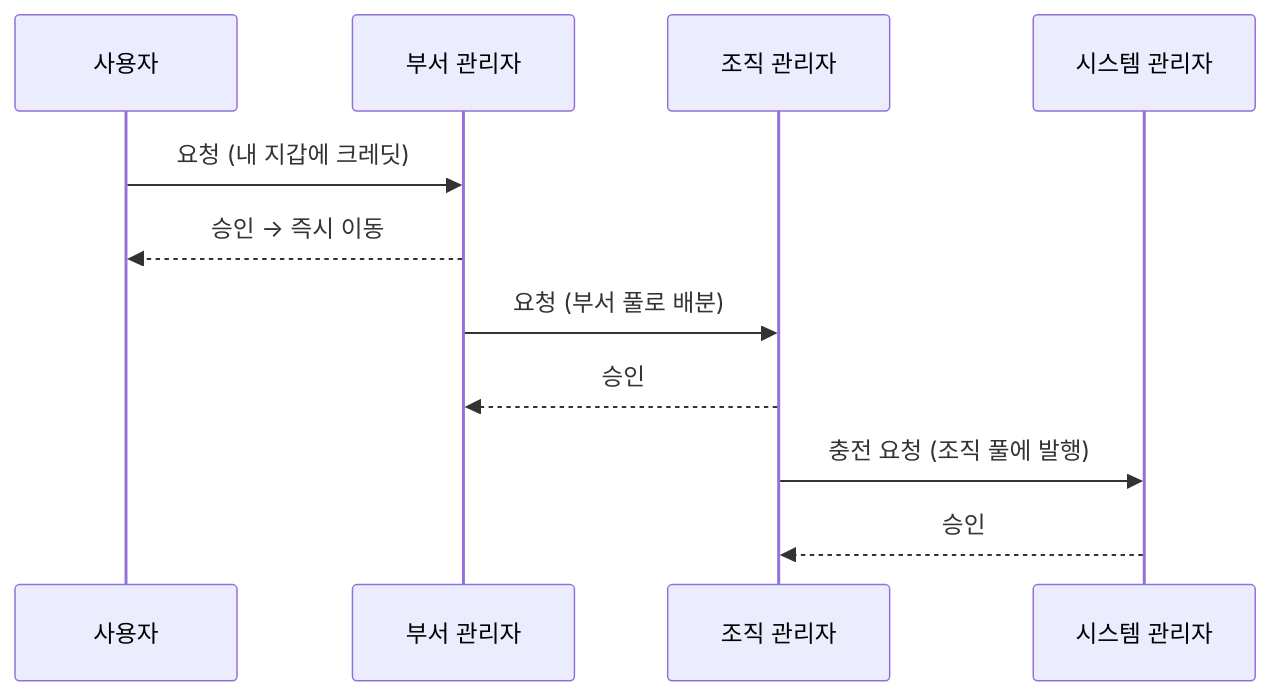
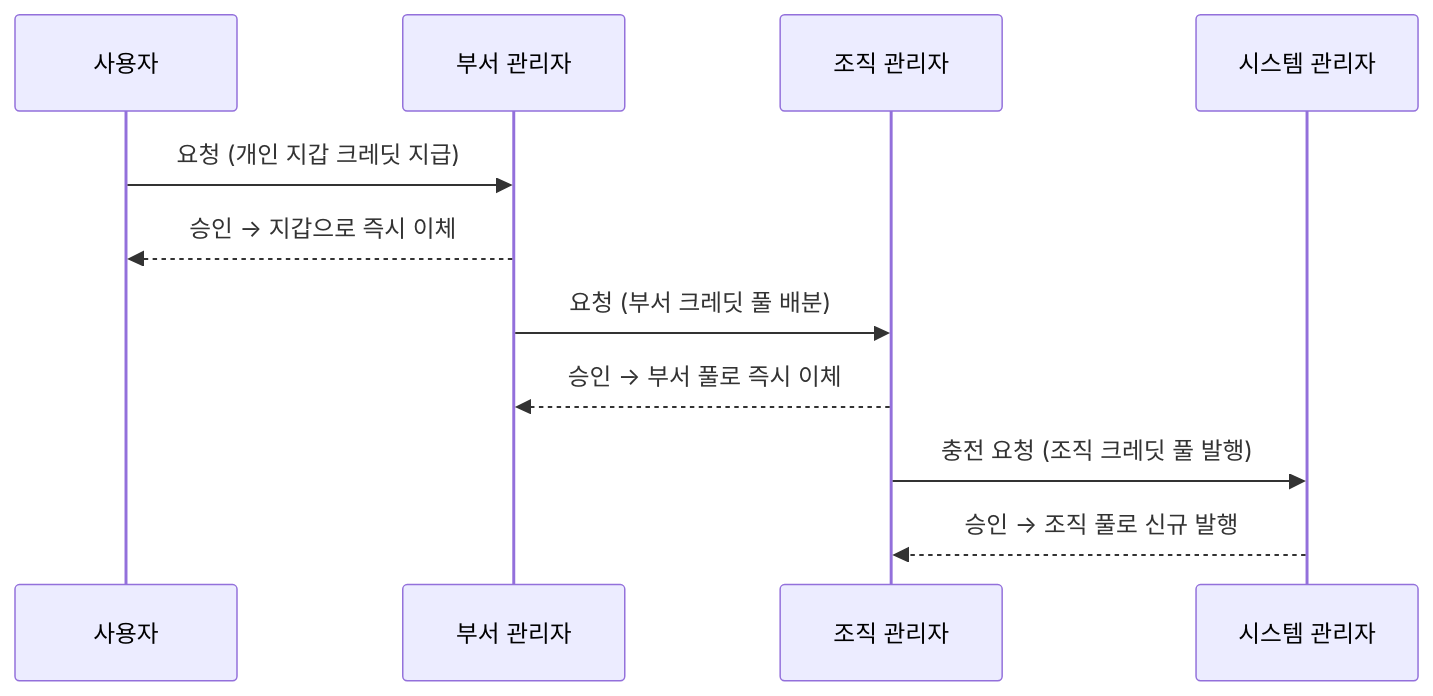
The diagram in website/i18n/ko/docusaurus-plugin-content-docs/current/admin/credits-requests.md (Mkpong/gShare), drawn with Mermaid before and after one commit. The commit also changed other lines of this file and 227 other files, not shown here.

````diff
--- a/website/i18n/ko/docusaurus-plugin-content-docs/current/admin/credits-requests.md
+++ b/website/i18n/ko/docusaurus-plugin-content-docs/current/admin/credits-requests.md
@@ -11,13 +10,13 @@
 ```mermaid
 sequenceDiagram
     participant U as 사용자
     participant G as 부서 관리자
     participant O as 조직 관리자
     participant S as 시스템 관리자
-    U->>G: 요청 (내 지갑에 크레딧)
-    G-->>U: 승인 → 즉시 이동
-    G->>O: 요청 (부서 풀로 배분)
-    O-->>G: 승인
-    O->>S: 충전 요청 (조직 풀에 발행)
-    S-->>O: 승인
+    U->>G: 요청 (개인 지갑 크레딧 지급)
+    G-->>U: 승인 → 지갑으로 즉시 이체
+    G->>O: 요청 (부서 크레딧 풀 배분)
+    O-->>G: 승인 → 부서 풀로 즉시 이체
+    O->>S: 충전 요청 (조직 크레딧 풀 발행)
+    S-->>O: 승인 → 조직 풀로 신규 발행
 ```
````
